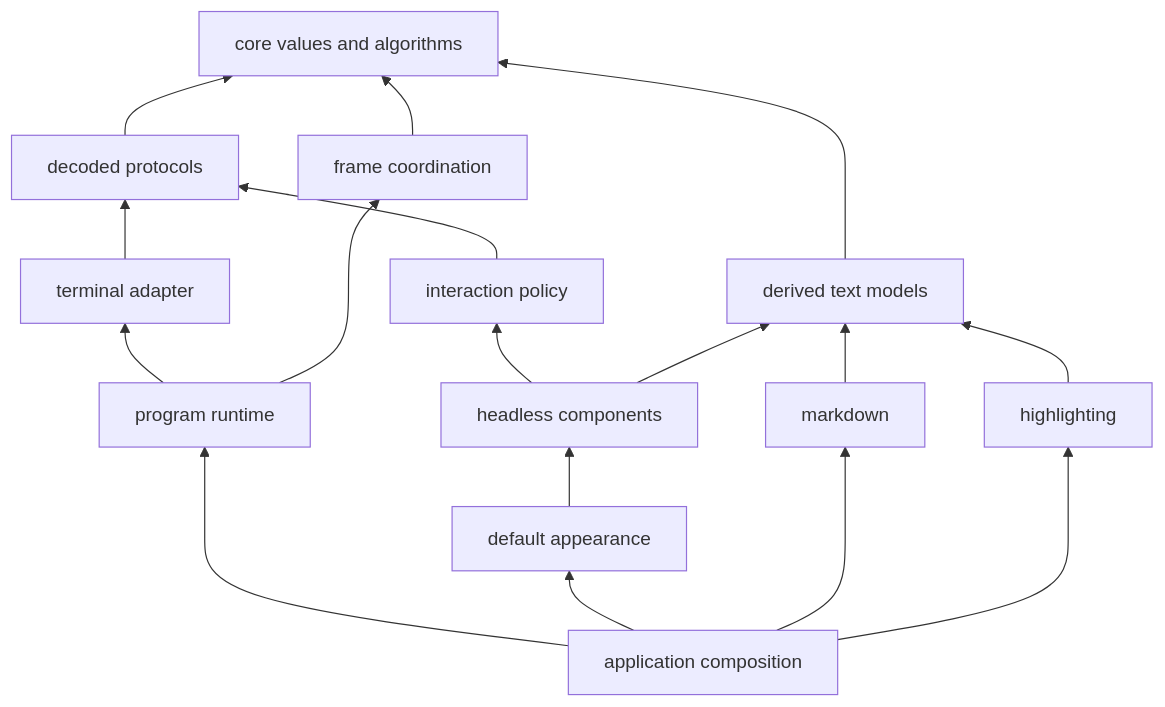
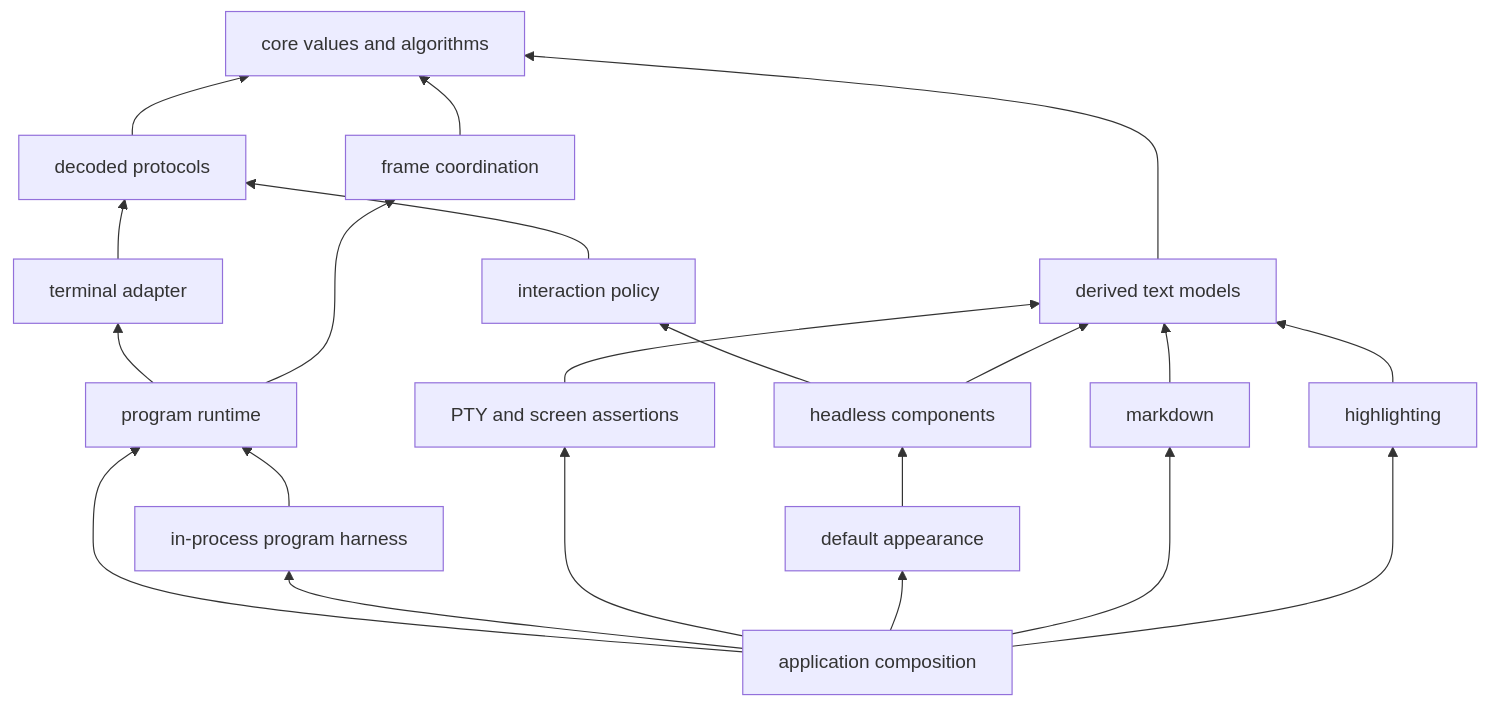
The third of 3 diagrams in docs/architecture.md (Tangerg/oolong), drawn with Mermaid before and after one commit. The commit also changed 12 other files, not shown here.

Commit message:
feat: add renderer screen assertions

````diff
--- a/docs/architecture.md
+++ b/docs/architecture.md
@@ -450,20 +450,24 @@
 ```mermaid
 flowchart BT
     Foundation["core values and algorithms"]
     Protocol["decoded protocols"] --> Foundation
     Model["derived text models"] --> Foundation
     Interaction["interaction policy"] --> Protocol
     Coordination["frame coordination"] --> Foundation
     Term["terminal adapter"] --> Protocol
     Program["program runtime"] --> Term
     Program --> Coordination
+    ProgramTest["in-process program harness"] --> Program
+    Harness["PTY and screen assertions"] --> Model
     Headless["headless components"] --> Interaction
     Headless --> Model
     Kit["default appearance"] --> Headless
     Markdown["markdown"] --> Model
     Highlight["highlighting"] --> Model
     App["application composition"] --> Program
+    App --> ProgramTest
+    App --> Harness
     App --> Kit
     App --> Markdown
     App --> Highlight
 ```
````
